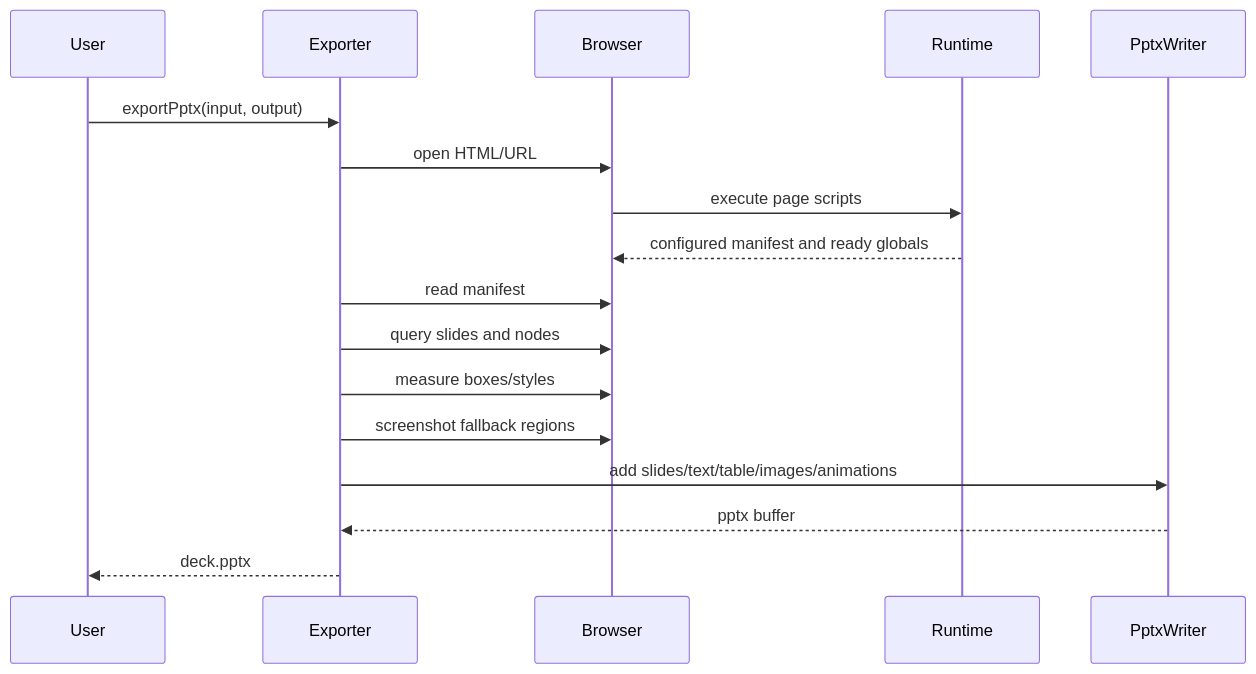
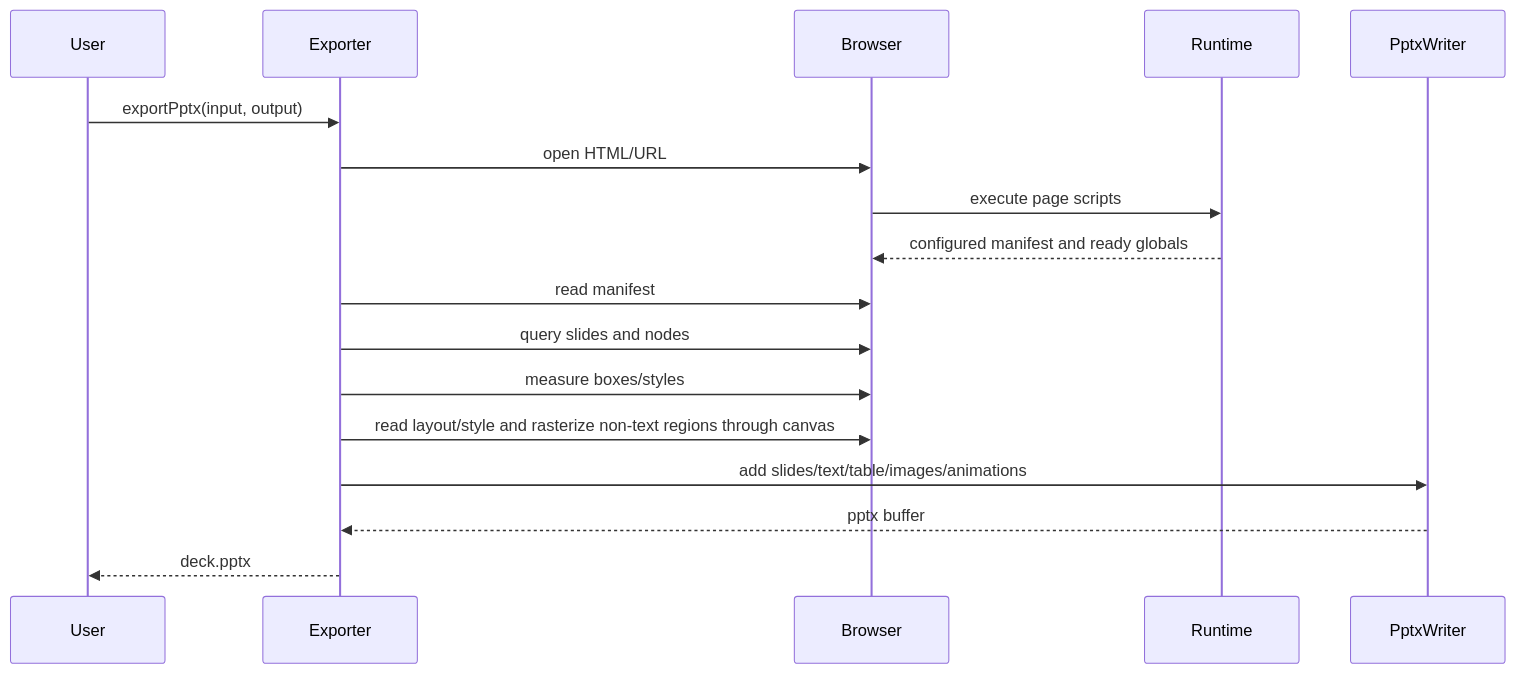
Before and after one commit to zaodonganqi/HTML-to-PPT: the second of 2 diagrams in docs/design-spec.md, drawn with Mermaid. The commit also changed other lines of this file and 30 other files, not shown here.

````diff
--- a/docs/design-spec.md
+++ b/docs/design-spec.md
@@ -720,20 +772,20 @@
 ```mermaid
 sequenceDiagram
   participant User
   participant Exporter
   participant Browser
   participant Runtime
   participant PptxWriter
 
   User->>Exporter: exportPptx(input, output)
   Exporter->>Browser: open HTML/URL
   Browser->>Runtime: execute page scripts
   Runtime-->>Browser: configured manifest and ready globals
   Exporter->>Browser: read manifest
   Exporter->>Browser: query slides and nodes
   Exporter->>Browser: measure boxes/styles
-  Exporter->>Browser: screenshot fallback regions
+  Exporter->>Browser: read layout/style and rasterize non-text regions through canvas
   Exporter->>PptxWriter: add slides/text/table/images/animations
   PptxWriter-->>Exporter: pptx buffer
   Exporter-->>User: deck.pptx
 ```
````
